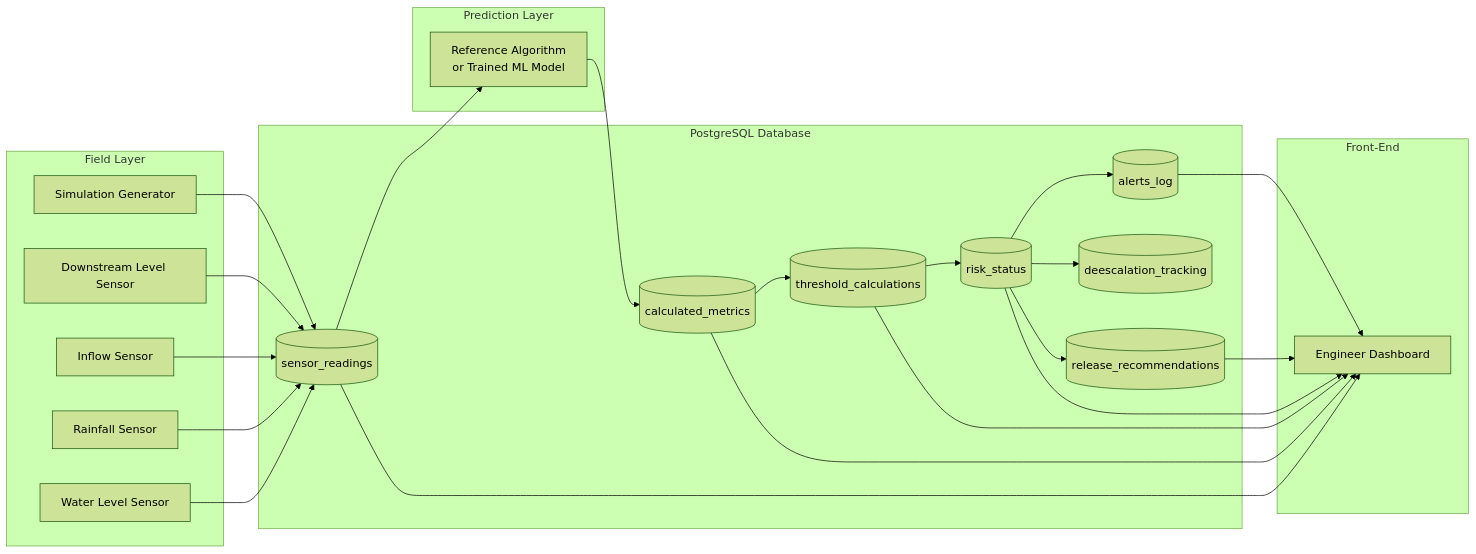
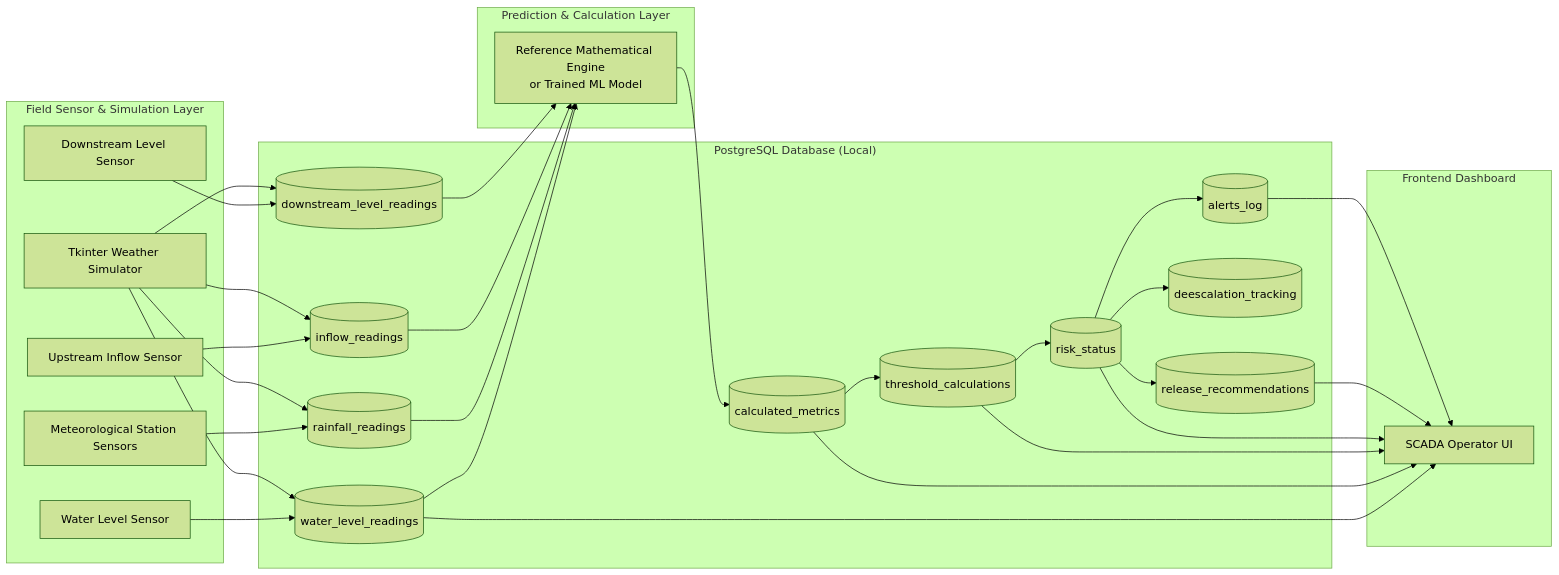
One commit to cepdnaclk/e22-co2060-floodguard changed the diagram in docs/README.md. Above: the diagram before and after it, drawn with Mermaid (forest theme). The commit also changed other lines of this file, not shown here.

Commit message:
Update docs/README.md: document 3NF schema first and expanded algorithms second

````diff
--- a/docs/README.md
+++ b/docs/README.md
@@ -63,37 +54,45 @@
 ```mermaid
 flowchart LR
-    subgraph Field["Field Layer"]
+    subgraph Field["Field Sensor & Simulation Layer"]
         S1[Water Level Sensor]
-        S2[Rainfall Sensor]
-        S3[Inflow Sensor]
+        S2[Meteorological Station Sensors]
+        S3[Upstream Inflow Sensor]
         S4[Downstream Level Sensor]
-        SIM[Simulation Generator]
+        SIM[Tkinter Weather Simulator]
     end
 
-    subgraph Pred["Prediction Layer"]
-        ALGO[Reference Algorithm<br/>or Trained ML Model]
+    subgraph Pred["Prediction & Calculation Layer"]
+        ALGO[Reference Mathematical Engine<br/>or Trained ML Model]
     end
 
-    subgraph DB["PostgreSQL Database"]
-        SR[(sensor_readings)]
+    subgraph DB["PostgreSQL Database (Local)"]
+        WL[(water_level_readings)]
+        RF[(rainfall_readings)]
+        IF[(inflow_readings)]
+        DL[(downstream_level_readings)]
         CM[(calculated_metrics)]
         TC[(threshold_calculations)]
         RS[(risk_status)]
         RR[(release_recommendations)]
         DT[(deescalation_tracking)]
         AL[(alerts_log)]
     end
 
-    subgraph FE["Front-End"]
-        DASH[Engineer Dashboard]
+    subgraph FE["Frontend Dashboard"]
+        DASH[SCADA Operator UI]
     end
 
-    S1 & S2 & S3 & S4 --> SR
-    SIM --> SR
-    SR --> ALGO
+    S1 --> WL
+    S2 --> RF
+    S3 --> IF
+    S4 --> DL
+    SIM --> WL & RF & IF & DL
+    
+    WL & RF & IF & DL --> ALGO
     ALGO --> CM --> TC --> RS
     RS --> RR
     RS --> DT
     RS --> AL
-    SR & CM & TC & RS & RR & AL --> DASH
+    
+    WL & CM & TC & RS & RR & AL --> DASH
 ```
````
